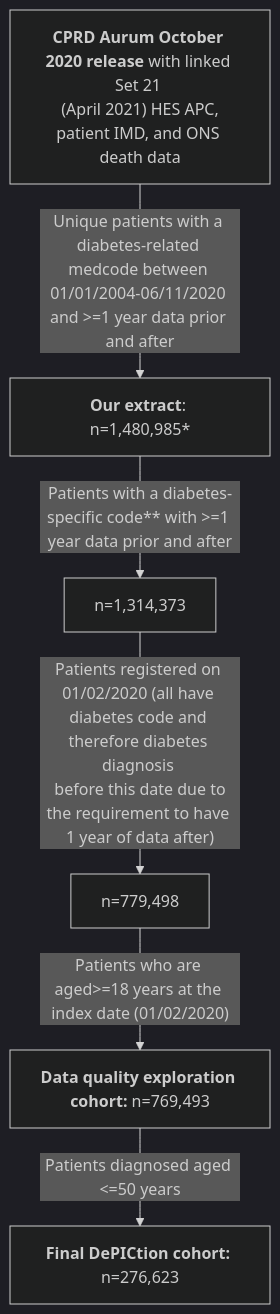
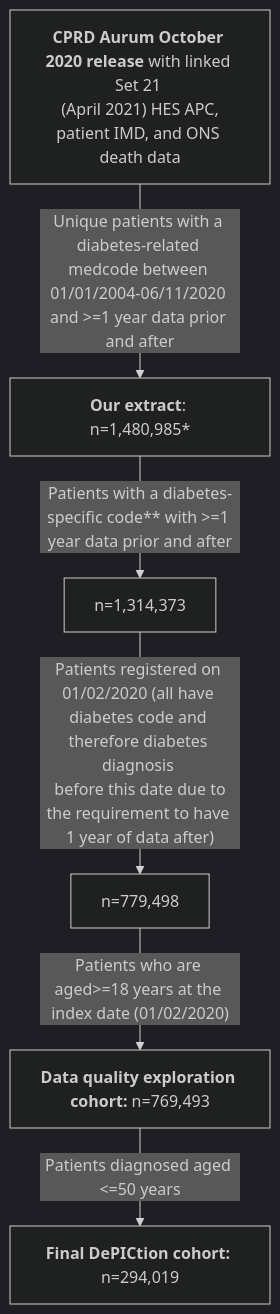
Before and after one commit to Exeter-Diabetes/CPRD-Katie-DePICtion-Scripts: the first of 5 diagrams in README.md, drawn with Mermaid (dark theme). The commit also changed other lines of this file, not shown here.

````diff
--- a/README.md
+++ b/README.md
@@ -35,8 +35,8 @@
 ```mermaid
 graph TD;
     A["<b>CPRD Aurum October 2020 release</b> with linked Set 21 <br> (April 2021) HES APC, patient IMD, and ONS death data"] --> |"Unique patients with a diabetes-related medcode between 01/01/2004-06/11/2020 and >=1 year data prior and after"| B["<b>Our extract</b>: n=1,480,985*"]
     B -->|"Patients with a diabetes-specific code** with >=1 year data prior and after"|C["n=1,314,373"]
     C -->|"Patients registered on 01/02/2020 (all have diabetes code and therefore diabetes diagnosis <br> before this date due to the requirement to have 1 year of data after)"|D["n=779,498"]
     D -->|"Patients who are aged>=18 years at the index date (01/02/2020)"|E["<b>Data quality exploration cohort:</b> n=769,493"]
-    E -->|"Patients diagnosed aged <=50 years"|F["<b>Final DePICtion cohort:</b> n=276,623"]
+    E -->|"Patients diagnosed aged <=50 years"|F["<b>Final DePICtion cohort:</b> n=294,019"]
 ```
````
